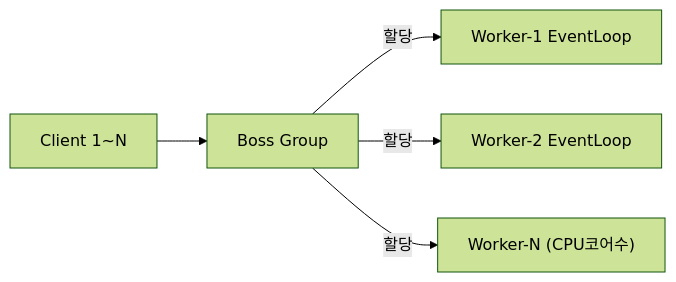
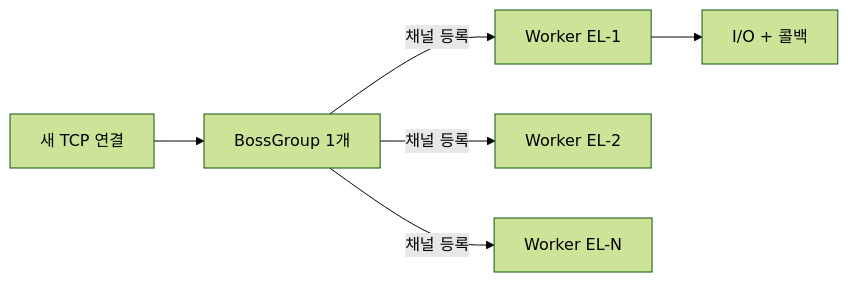
The fourth of 6 diagrams in _posts/spring/2026-05-01-spring-webflux.md (yjkim2015/yjkim2015.github.io), drawn with Mermaid (forest theme) before and after one commit. The commit also changed other lines of this file and 4 other files, not shown here.

````diff
--- a/_posts/spring/2026-05-01-spring-webflux.md
+++ b/_posts/spring/2026-05-01-spring-webflux.md
@@ -377,7 +229,8 @@
 ```mermaid
 graph LR
-    CL["Client 1~N"] --> BG["Boss Group"]
-    BG -->|할당| W1["Worker-1 EventLoop"]
-    BG -->|할당| W2["Worker-2 EventLoop"]
-    BG -->|할당| WN["Worker-N (CPU코어수)"]
+    CONN["새 TCP 연결"] --> BOSS["BossGroup 1개"]
+    BOSS -->|"채널 등록"| W1["Worker EL-1"]
+    BOSS -->|"채널 등록"| W2["Worker EL-2"]
+    BOSS -->|"채널 등록"| WN["Worker EL-N"]
+    W1 --> IO1["I/O + 콜백"]
 ```
````
